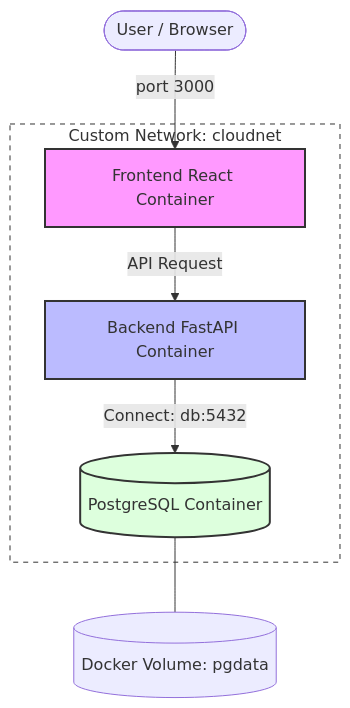
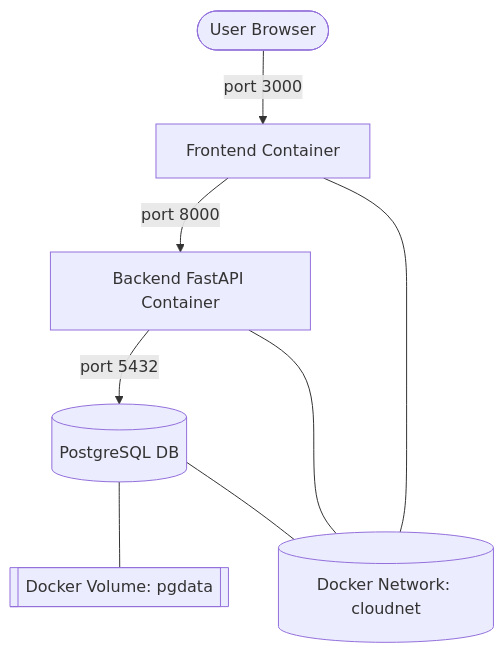
One commit to aidilsaputrakirsan-classroom/cc-kelompok-harahetta-2 changed the diagram in docs/docker-architecture.md. Above: the diagram before and after it, drawn with Mermaid.

Commit message:
update diagram mermaid

````diff
--- a/docs/docker-architecture.md
+++ b/docs/docker-architecture.md
@@ -11,26 +11,19 @@
 ```mermaid
 graph TD
-    User([User / Browser])
+    User([User Browser])
     
-    subgraph Docker_Network [Custom Network: cloudnet]
-        FE[Frontend React Container]
-        BE[Backend FastAPI Container]
-        DB[(PostgreSQL Container)]
-    end
+    FE[Frontend Container]
+    BE[Backend FastAPI Container]
+    DB[(PostgreSQL DB)]
+    VOL[[Docker Volume: pgdata]]
+    NET[(Docker Network: cloudnet)]
 
-    Vol[(Docker Volume: pgdata)]
+    User -- port 3000 --> FE
+    FE -- port 8000 --> BE
+    BE -- port 5432 --> DB
+    DB --- VOL
 
-    %% Aliran Data
-    User -- port 3000 --> FE
-    FE -- API Request --> BE
-    BE -- Connect: db:5432 --> DB
-    
-    %% Relasi ke Volume
-    DB --- Vol
-
-    %% Styling (Opsional untuk mempercantik)
-    style FE fill:#f9f,stroke:#333,stroke-width:2px
-    style BE fill:#bbf,stroke:#333,stroke-width:2px
-    style DB fill:#dfd,stroke:#333,stroke-width:2px
-    style Docker_Network fill:#fff,stroke:#333,stroke-dasharray: 5 5
+    FE --- NET
+    BE --- NET
+    DB --- NET
 ```
````
